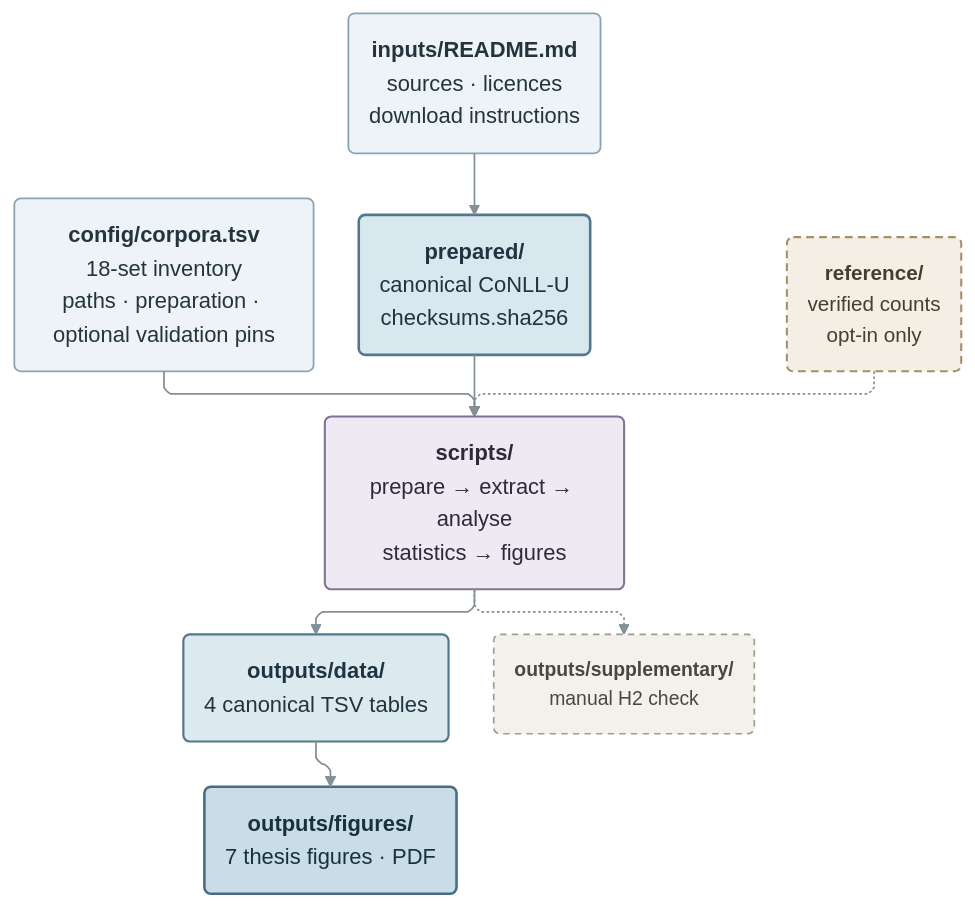
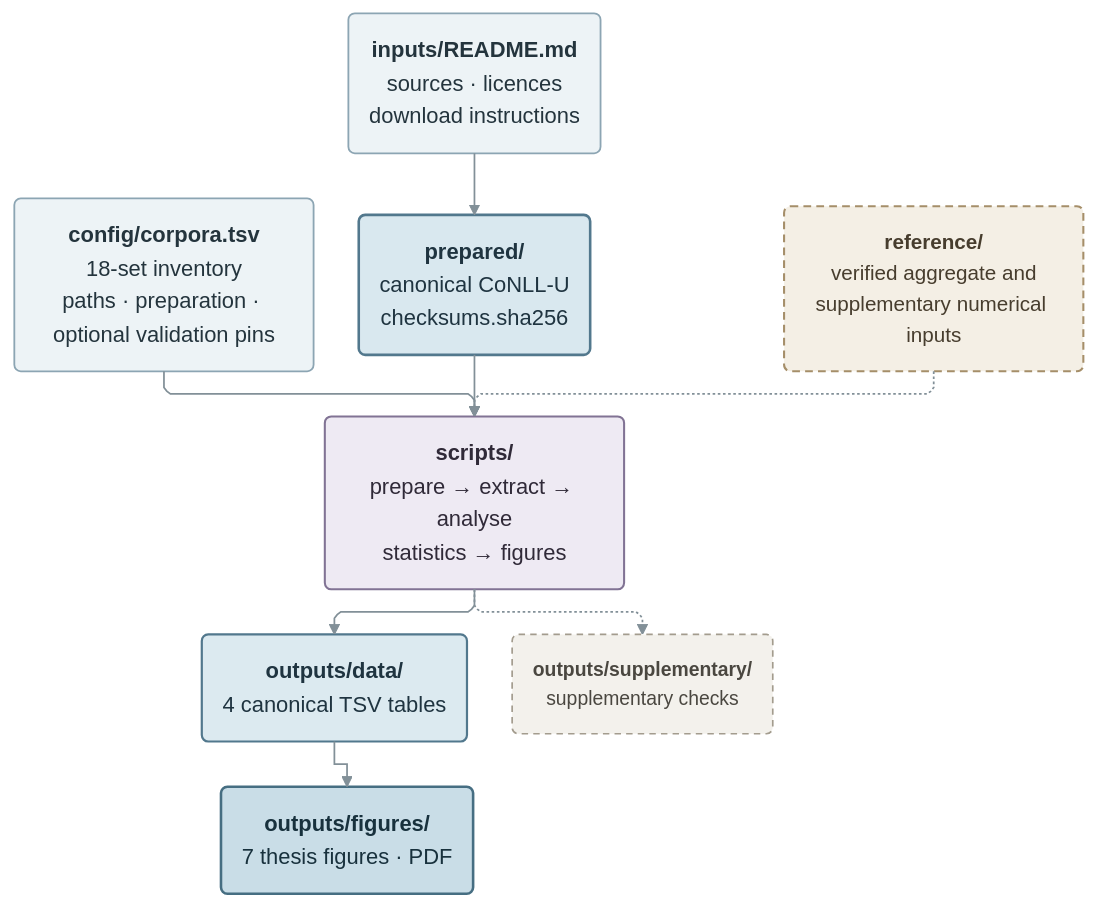
The first of 2 diagrams in README.md (hulln/sl-word-order-repro), drawn with Mermaid before and after one commit. The commit also changed other lines of this file and 25 other files, not shown here.

````diff
--- a/README.md
+++ b/README.md
@@ -35,63 +35,63 @@
 ```mermaid
 ---
 config:
   layout: elk
   theme: base
   fontFamily: Arial
   themeVariables:
     fontFamily: Arial
     fontSize: 17px
     primaryTextColor: "#24343d"
     lineColor: "#829098"
     background: "#ffffff"
     edgeLabelBackground: "#ffffff"
   flowchart:
     htmlLabels: true
     curve: linear
     nodeSpacing: 42
     rankSpacing: 48
     padding: 16
   elk:
     mergeEdges: true
     nodePlacementStrategy: LINEAR_SEGMENTS
     nodePlacementAlignment: BALANCED
 ---
 flowchart TB
     GUIDE("<b>inputs/README.md</b><br/>sources · licences<br/>download instructions")
     CFG("<b>config/corpora.tsv</b><br/>18-set inventory<br/>paths · preparation · optional validation pins")
 
     PREP("<b>prepared/</b><br/>canonical CoNLL-U<br/>checksums.sha256")
-    REF("<b>reference/</b><br/>verified counts<br/>opt-in only")
+    REF("<b>reference/</b><br/>verified aggregate and<br/>supplementary numerical inputs")
 
     PIPE("<b>scripts/</b><br/>prepare → extract → analyse<br/>statistics → figures")
 
     DATA("<b>outputs/data/</b><br/>4 canonical TSV tables")
     FIG("<b>outputs/figures/</b><br/>7 thesis figures · PDF")
-    SUP("<b>outputs/supplementary/</b><br/>manual H2 check")
+    SUP("<b>outputs/supplementary/</b><br/>supplementary checks")
 
     GUIDE --> PREP
     PREP --> PIPE
     CFG --> PIPE
     REF -.-> PIPE
     PIPE --> DATA
     DATA --> FIG
     PIPE -.-> SUP
 
     classDef source fill:#edf3f6,stroke:#8ca5b3,stroke-width:1.4px,color:#24343d,font-size:17px
     classDef prepared fill:#d9e8ef,stroke:#52788d,stroke-width:2px,color:#1f3440,font-size:17px
     classDef cache fill:#f4efe5,stroke:#a58e69,stroke-width:1.6px,stroke-dasharray:6 4,color:#473d2e,font-size:16px
     classDef analysis fill:#eeeaf3,stroke:#817394,stroke-width:1.6px,color:#302a38,font-size:17px
     classDef result fill:#dceaf0,stroke:#52788d,stroke-width:1.7px,color:#1f3440,font-size:17px
     classDef final fill:#c9dde7,stroke:#466e82,stroke-width:2px,color:#18313d,font-size:17px
     classDef secondary fill:#f3f1ec,stroke:#a39c8e,stroke-width:1.3px,stroke-dasharray:5 4,color:#4a4740,font-size:15px
 
     class GUIDE,CFG source
     class PREP prepared
     class REF cache
     class PIPE analysis
     class DATA result
     class FIG final
     class SUP secondary
 
     linkStyle default stroke:#829098,stroke-width:1.35px
 ```
````
